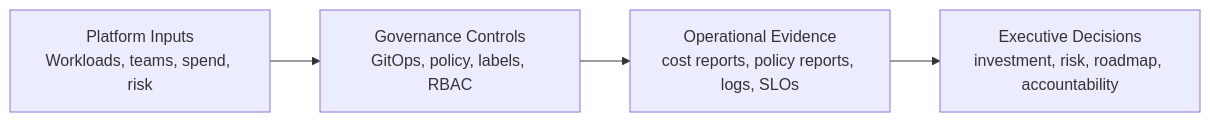
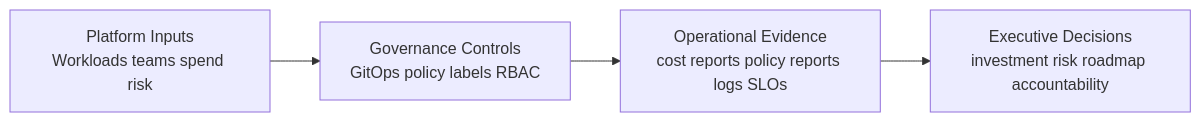
One commit to serewicz/k8s-platform-blueprint changed the first of 2 diagrams in README.md. Above: the diagram before and after it, drawn with Mermaid. The commit also changed other lines of this file and 6 other files, not shown here.

Commit message:
Fix Mermaid diagram rendering

````diff
--- a/README.md
+++ b/README.md
@@ -90,6 +90,6 @@
 ```mermaid
 flowchart LR
-    A["Platform Inputs<br/>Workloads, teams, spend, risk"] --> B["Governance Controls<br/>GitOps, policy, labels, RBAC"]
-    B --> C["Operational Evidence<br/>cost reports, policy reports, logs, SLOs"]
-    C --> D["Executive Decisions<br/>investment, risk, roadmap, accountability"]
+    A["Platform Inputs<br/>Workloads teams spend risk"] --> B["Governance Controls<br/>GitOps policy labels RBAC"]
+    B --> C["Operational Evidence<br/>cost reports policy reports logs SLOs"]
+    C --> D["Executive Decisions<br/>investment risk roadmap accountability"]
 ```
````
